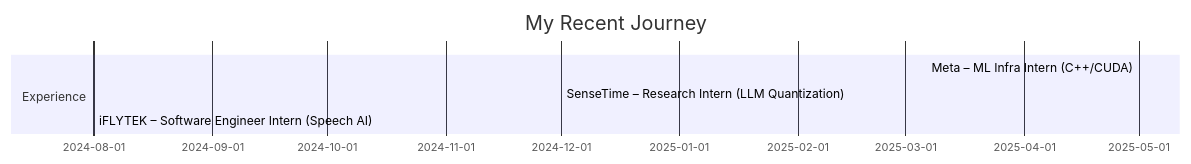
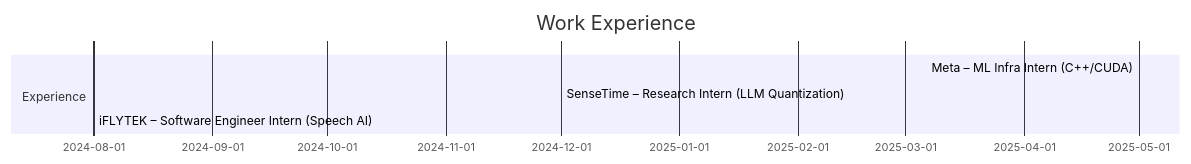
The diagram in README.md (AllenJWZhu/AllenJWZhu), drawn with Mermaid before and after one commit.

````diff
--- a/README.md
+++ b/README.md
@@ -40,9 +40,9 @@
 ```mermaid
 gantt
     dateFormat  YYYY-MM
-    title       My Recent Journey
+    title       Work Experience
     section Experience
     Meta – ML Infra Intern (C++/CUDA)     :a1, 2025-05, 3m
     SenseTime – Research Intern (LLM Quantization) :a2, 2024-12, 2m
     iFLYTEK – Software Engineer Intern (Speech AI) :a3, 2024-08, 3m
 ```
````
